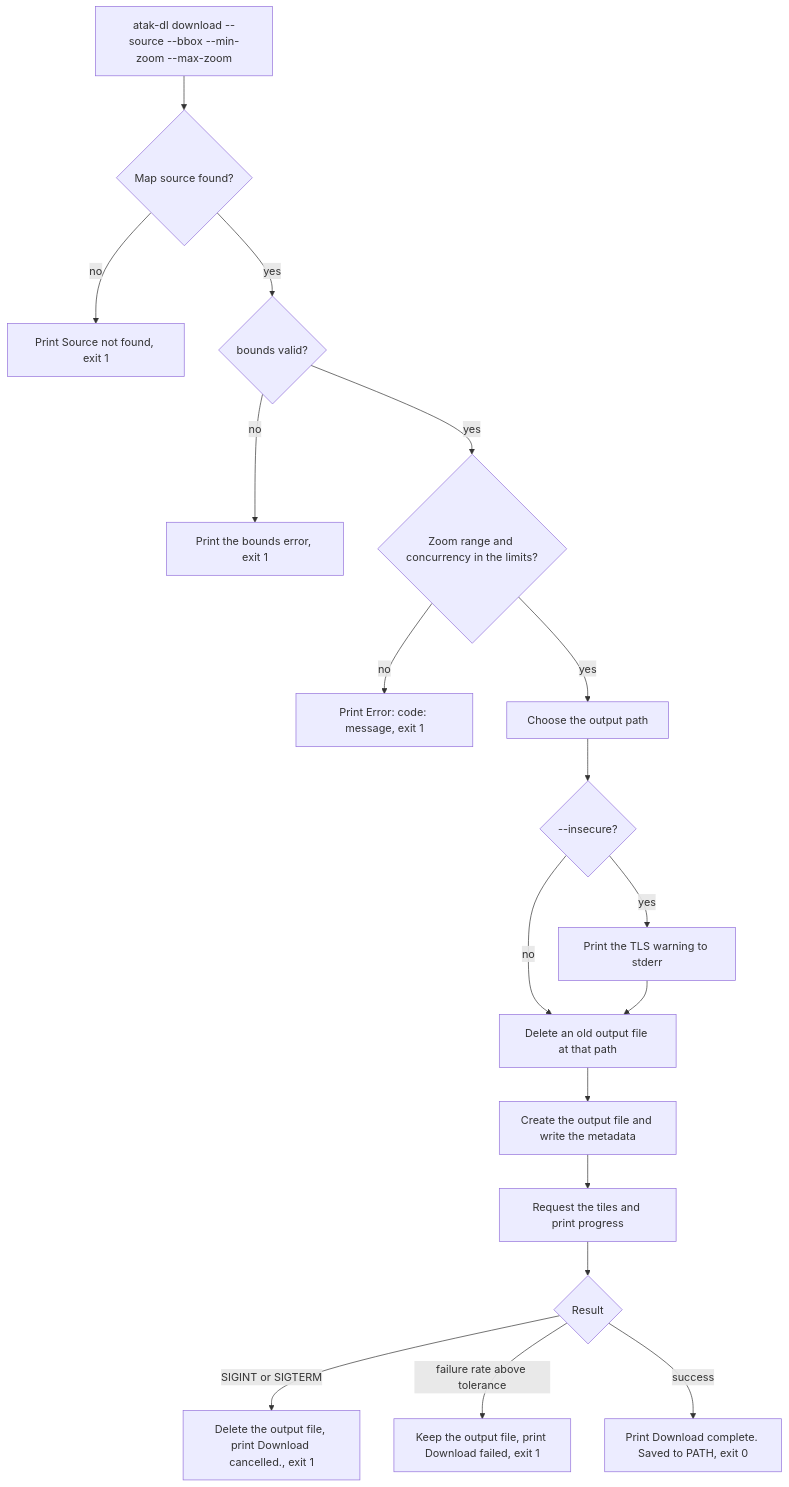
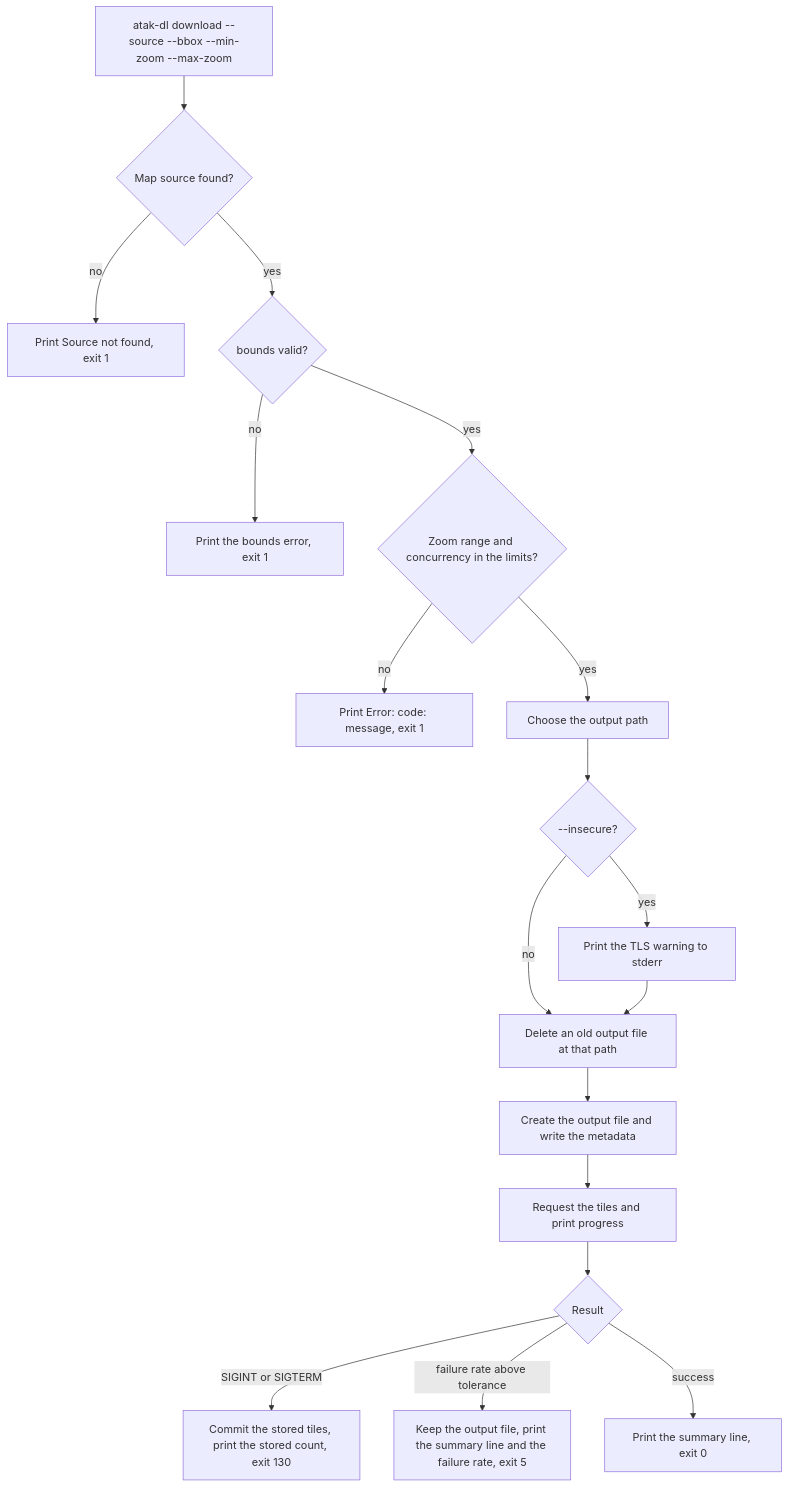
Before and after one commit to Crank-Git/ATAKMapDownloader: the first of 2 diagrams in docs/specs/features/03-tile-download.md, drawn with Mermaid. The commit also changed other lines of this file and 2 other files, not shown here.

First line of the commit message:
Document the tile cap, progress lines and exit codes (#29)

````diff
--- a/docs/specs/features/03-tile-download.md
+++ b/docs/specs/features/03-tile-download.md
@@ -79,20 +79,20 @@
 ```mermaid
 flowchart TD
     A[atak-dl download --source --bbox --min-zoom --max-zoom] --> B{Map source found?}
     B -- no --> X1[Print Source not found, exit 1]
     B -- yes --> C{bounds valid?}
     C -- no --> X2[Print the bounds error, exit 1]
     C -- yes --> D{Zoom range and concurrency in the limits?}
     D -- no --> X3[Print Error: code: message, exit 1]
     D -- yes --> E[Choose the output path]
     E --> W{--insecure?}
     W -- yes --> W1[Print the TLS warning to stderr]
     W -- no --> F
     W1 --> F[Delete an old output file at that path]
     F --> G[Create the output file and write the metadata]
     G --> H[Request the tiles and print progress]
     H --> I{Result}
-    I -- SIGINT or SIGTERM --> J[Delete the output file, print Download cancelled., exit 1]
-    I -- failure rate above tolerance --> K[Keep the output file, print Download failed, exit 1]
-    I -- success --> L[Print Download complete. Saved to PATH, exit 0]
+    I -- SIGINT or SIGTERM --> J[Commit the stored tiles, print the stored count, exit 130]
+    I -- failure rate above tolerance --> K[Keep the output file, print the summary line and the failure rate, exit 5]
+    I -- success --> L[Print the summary line, exit 0]
 ```
````
